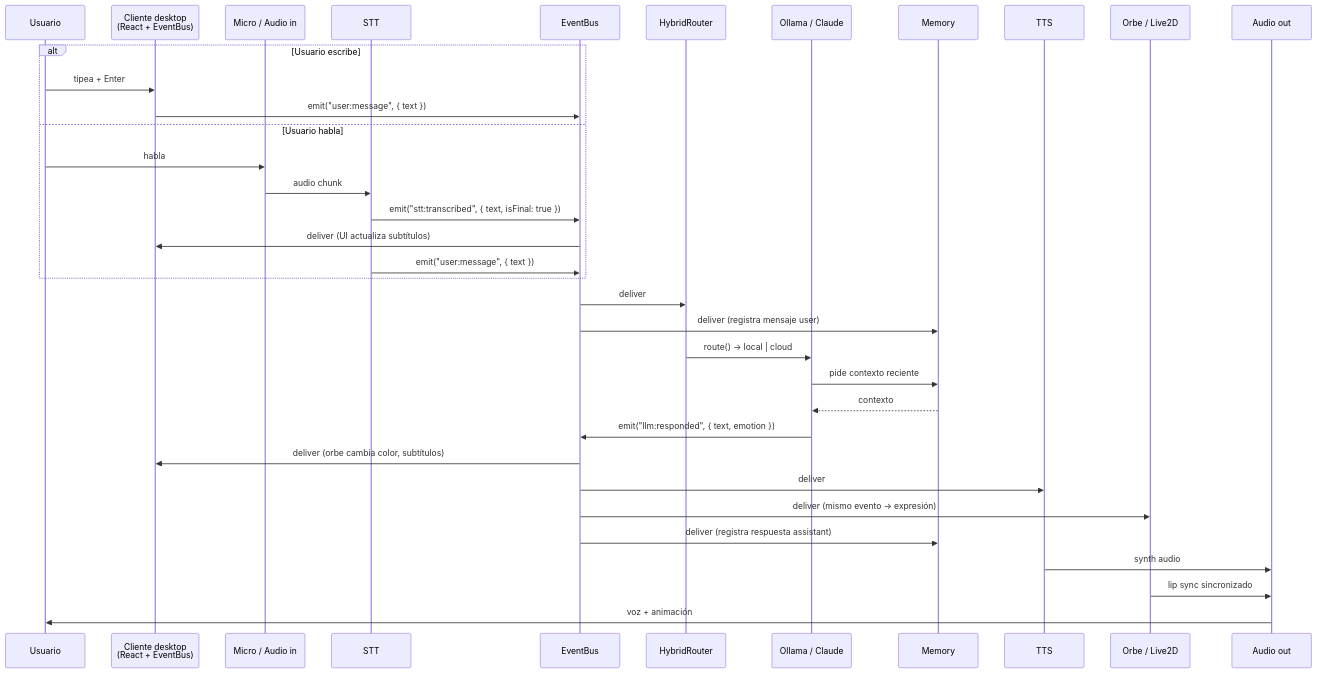
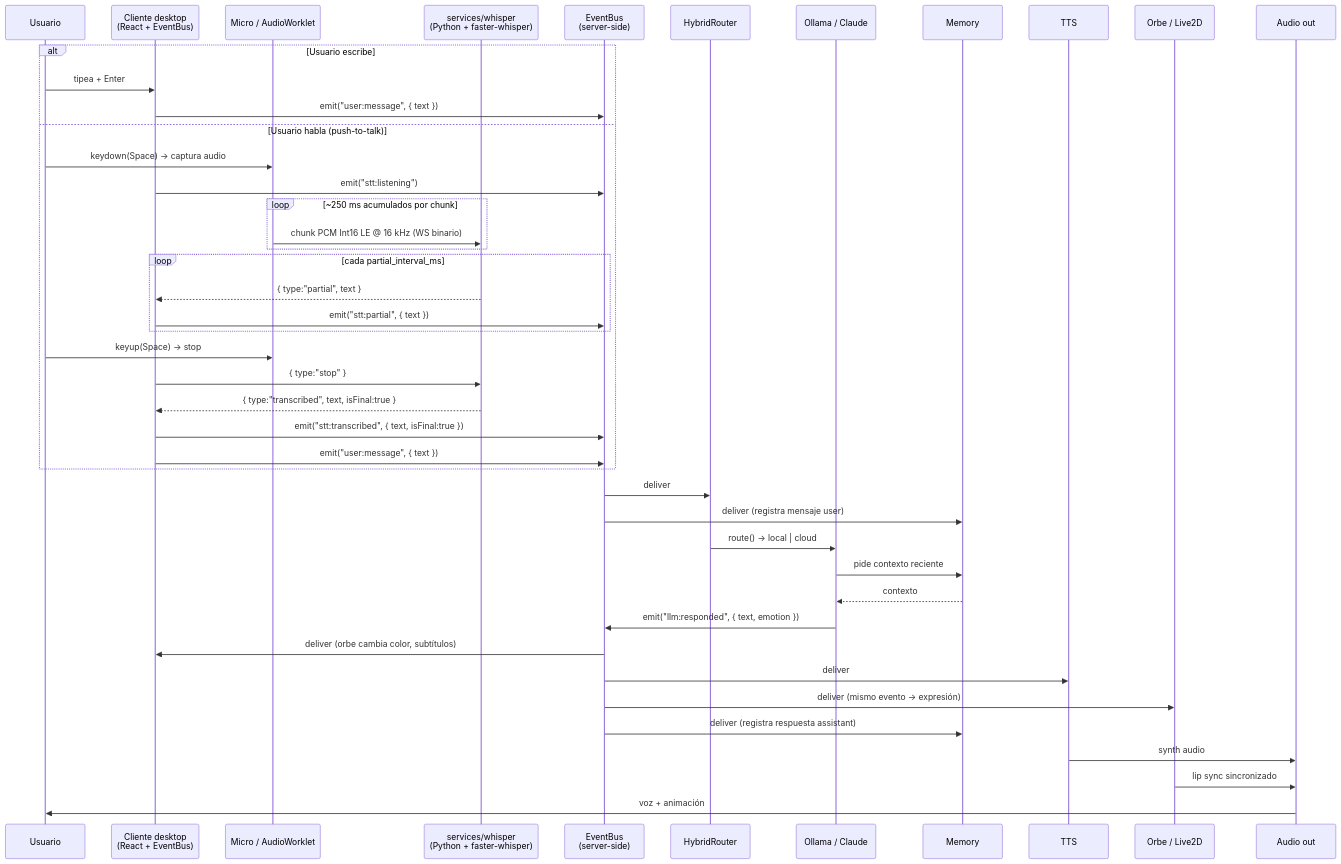
One commit to Pipelol0723/proyecto-shiro changed the third of 6 diagrams in docs/architecture.md. Above: the diagram before and after it, drawn with Mermaid. The commit also changed other lines of this file and 3 other files, not shown here.

First line of the commit message:
docs: cierre del hito STT en README + architecture + CLAUDE + plan

````diff
--- a/docs/architecture.md
+++ b/docs/architecture.md
@@ -204,42 +216,51 @@
 ```mermaid
 sequenceDiagram
     participant User as Usuario
     participant Client as Cliente desktop<br>(React + EventBus)
-    participant Mic as Micro / Audio in
-    participant STT
-    participant Bus as EventBus
+    participant Mic as Micro / AudioWorklet
+    participant Whisper as services/whisper<br>(Python + faster-whisper)
+    participant Bus as EventBus<br>(server-side)
     participant Router as HybridRouter
     participant LLM as Ollama / Claude
     participant Mem as Memory
     participant TTS
     participant Avatar as Orbe / Live2D
     participant Speaker as Audio out
 
     alt Usuario escribe
         User->>Client: tipea + Enter
         Client->>Bus: emit("user:message", { text })
-    else Usuario habla
-        User->>Mic: habla
-        Mic->>STT: audio chunk
-        STT->>Bus: emit("stt:transcribed", { text, isFinal: true })
-        Bus->>Client: deliver (UI actualiza subtítulos)
-        STT->>Bus: emit("user:message", { text })
+    else Usuario habla (push-to-talk)
+        User->>Mic: keydown(Space) → captura audio
+        Client->>Bus: emit("stt:listening")
+        loop ~250 ms acumulados por chunk
+            Mic->>Whisper: chunk PCM Int16 LE @ 16 kHz (WS binario)
+        end
+        loop cada partial_interval_ms
+            Whisper-->>Client: { type:"partial", text }
+            Client->>Bus: emit("stt:partial", { text })
+        end
+        User->>Mic: keyup(Space) → stop
+        Client->>Whisper: { type:"stop" }
+        Whisper-->>Client: { type:"transcribed", text, isFinal:true }
+        Client->>Bus: emit("stt:transcribed", { text, isFinal:true })
+        Client->>Bus: emit("user:message", { text })
     end
 
     Bus->>Router: deliver
     Bus->>Mem: deliver (registra mensaje user)
 
     Router->>LLM: route() → local | cloud
     LLM->>Mem: pide contexto reciente
     Mem-->>LLM: contexto
     LLM->>Bus: emit("llm:responded", { text, emotion })
 
     Bus->>Client: deliver (orbe cambia color, subtítulos)
     Bus->>TTS: deliver
     Bus->>Avatar: deliver (mismo evento → expresión)
     Bus->>Mem: deliver (registra respuesta assistant)
 
     TTS->>Speaker: synth audio
     Avatar->>Speaker: lip sync sincronizado
     Speaker->>User: voz + animación
 ```
````
